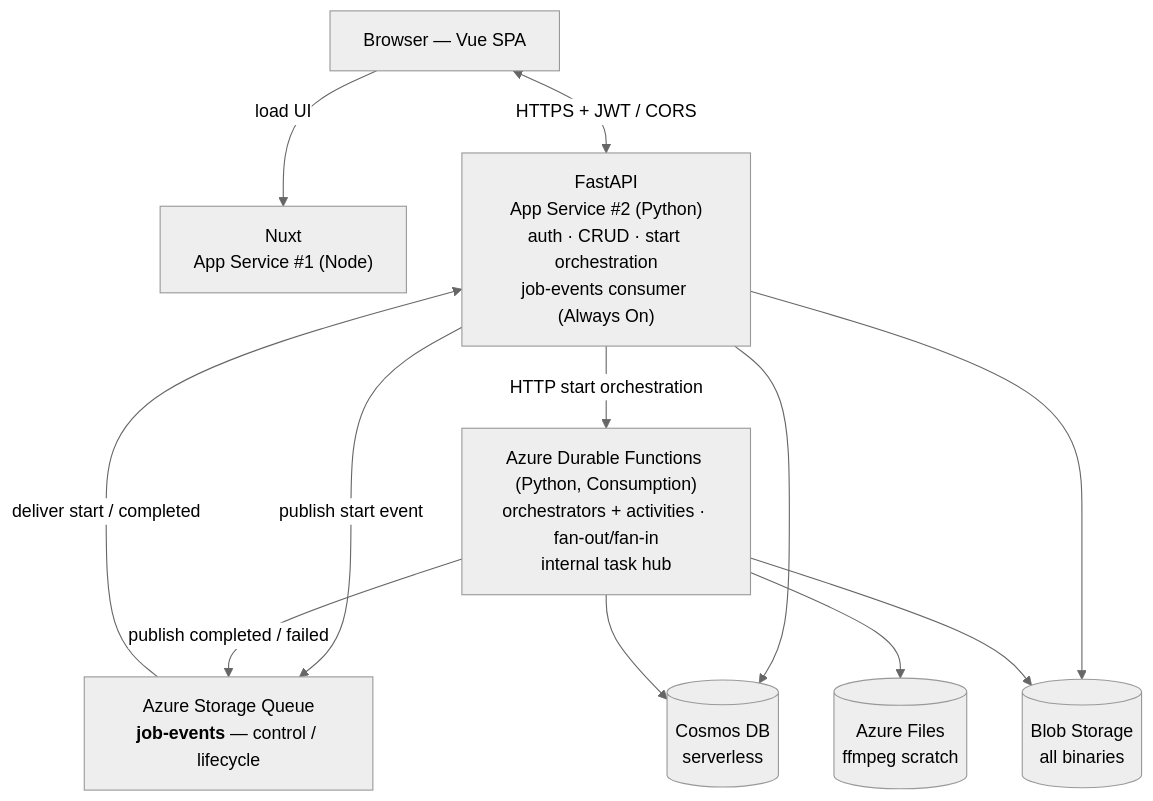
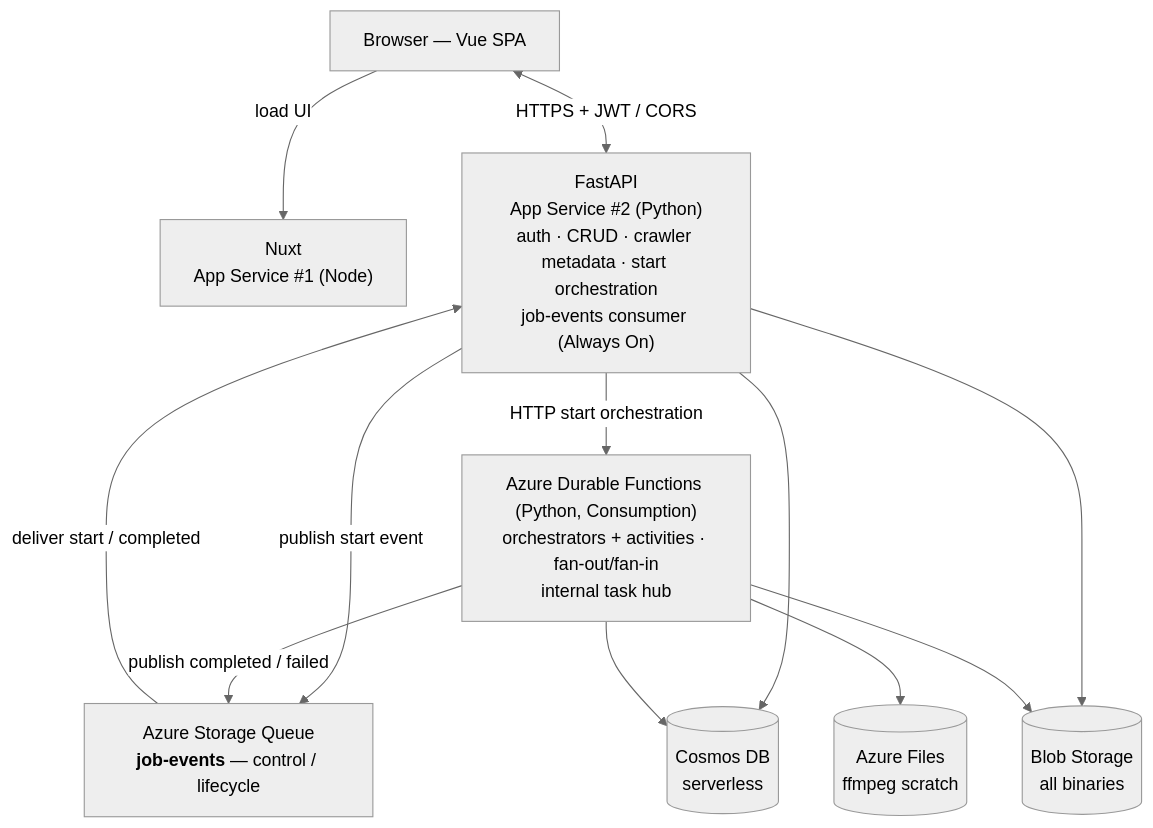
Before and after one commit to datntdev0/toolbox-media-studio: the first of 3 diagrams in docs/architecture.md, drawn with Mermaid (neutral theme). The commit also changed other lines of this file and 15 other files, not shown here.

````diff
--- a/docs/architecture.md
+++ b/docs/architecture.md
@@ -24,25 +24,25 @@
 ```mermaid
 flowchart TB
     Browser["Browser — Vue SPA"]
     Nuxt["Nuxt<br/>App Service #1 (Node)"]
-    API["FastAPI<br/>App Service #2 (Python)<br/>auth · CRUD · start orchestration<br/>job-events consumer (Always On)"]
+    API["FastAPI<br/>App Service #2 (Python)<br/>auth · CRUD · crawler metadata · start orchestration<br/>job-events consumer (Always On)"]
     Queue["Azure Storage Queue<br/><b>job-events</b> — control / lifecycle"]
     DF["Azure Durable Functions (Python, Consumption)<br/>orchestrators + activities · fan-out/fan-in<br/>internal task hub"]
     Cosmos[("Cosmos DB<br/>serverless")]
     Blob[("Blob Storage<br/>all binaries")]
     Files[("Azure Files<br/>ffmpeg scratch")]
 
     Browser -->|load UI| Nuxt
     Browser <-->|HTTPS + JWT / CORS| API
 
     API -->|publish start event| Queue
     Queue -->|deliver start / completed| API
     API -->|HTTP start orchestration| DF
     DF -->|publish completed / failed| Queue
 
     API --> Cosmos
     API --> Blob
     DF --> Cosmos
     DF --> Blob
     DF --> Files
 ```
````
